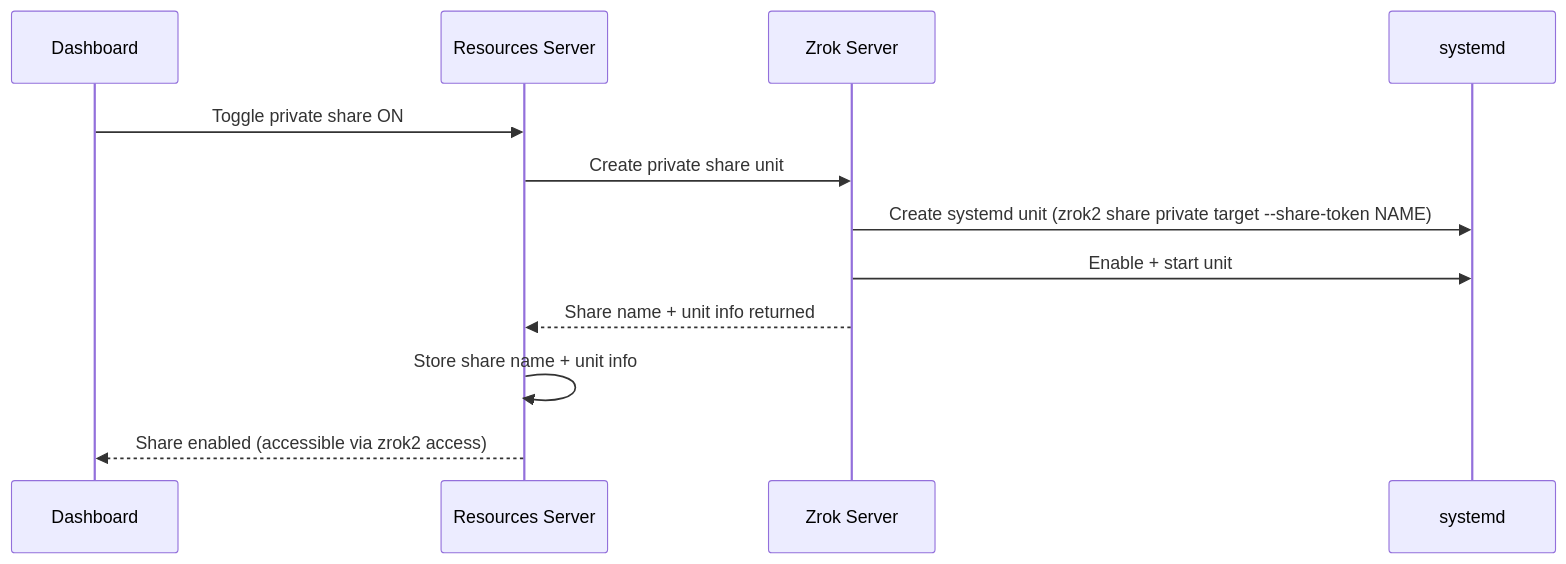
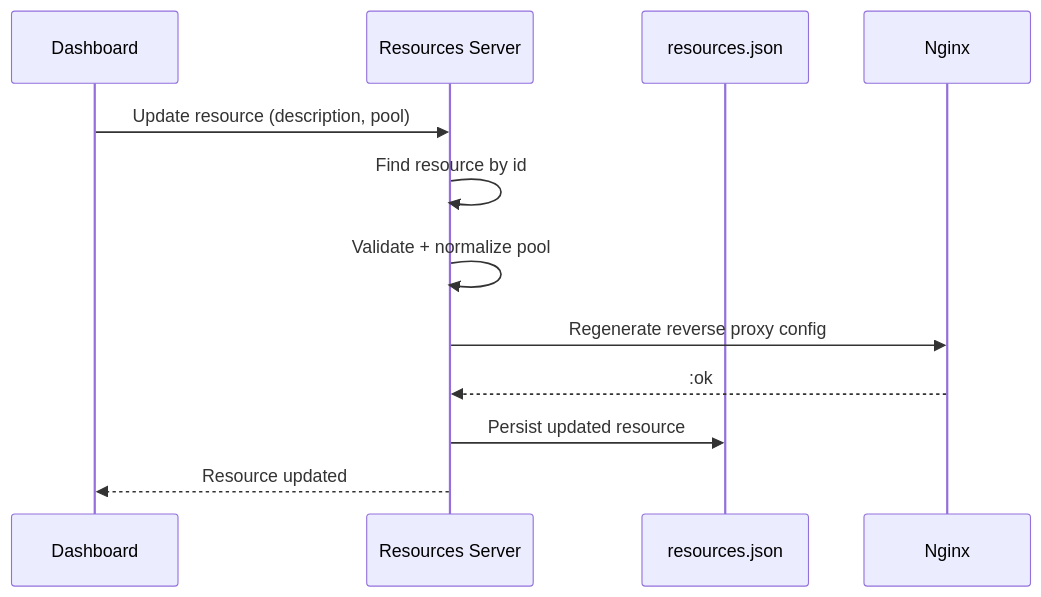
The second of 3 diagrams in docs/resource-lifecycle.md (toreanjoel/tunneld), drawn with Mermaid before and after one commit. The commit also changed other lines of this file and 42 other files, not shown here.

Commit message:
feat: remove zrok, wifi, sqm, mullvad, rebrand as ethernet-first edge relay, rename interface config to upstream/downstream, add netlink helper, consolidate installer, docs, landing

````diff
--- a/docs/resource-lifecycle.md
+++ b/docs/resource-lifecycle.md
@@ -45,15 +36,15 @@
 ```mermaid
 sequenceDiagram
     participant User as Dashboard
     participant Res as Resources Server
-    participant Zrok as Zrok Server
-    participant Sys as systemd
+    participant FS as resources.json
+    participant Nginx as Nginx
 
-    User->>Res: Toggle private share ON
-    Res->>Zrok: Create private share unit
-    Zrok->>Sys: Create systemd unit (zrok2 share private target --share-token NAME)
-    Zrok->>Sys: Enable + start unit
-    Zrok-->>Res: Share name + unit info returned
-    Res->>Res: Store share name + unit info
-    Res-->>User: Share enabled (accessible via zrok2 access)
+    User->>Res: Update resource (description, pool)
+    Res->>Res: Find resource by id
+    Res->>Res: Validate + normalize pool
+    Res->>Nginx: Regenerate reverse proxy config
+    Nginx-->>Res: :ok
+    Res->>FS: Persist updated resource
+    Res-->>User: Resource updated
 ```
````
